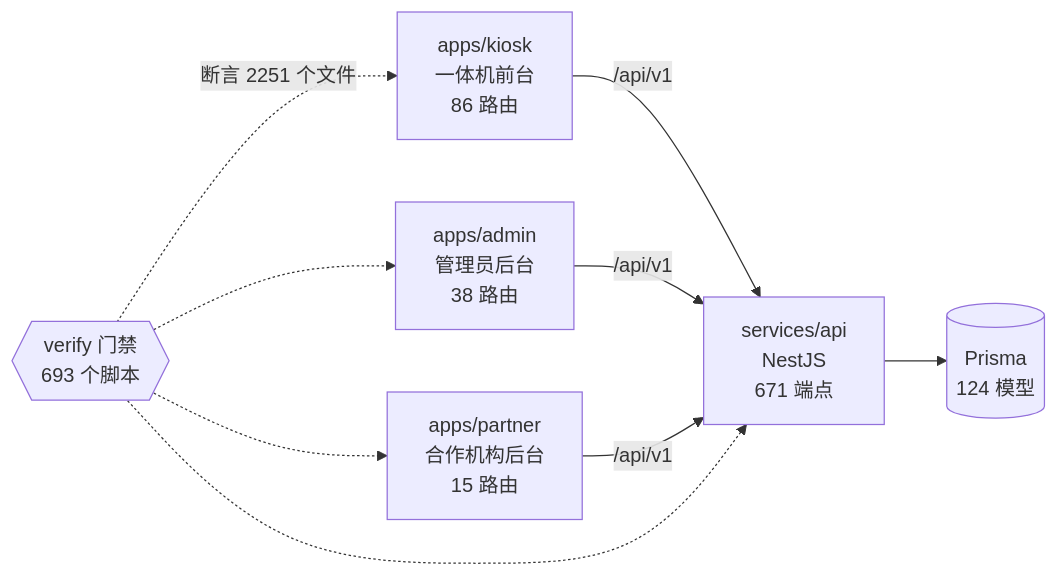
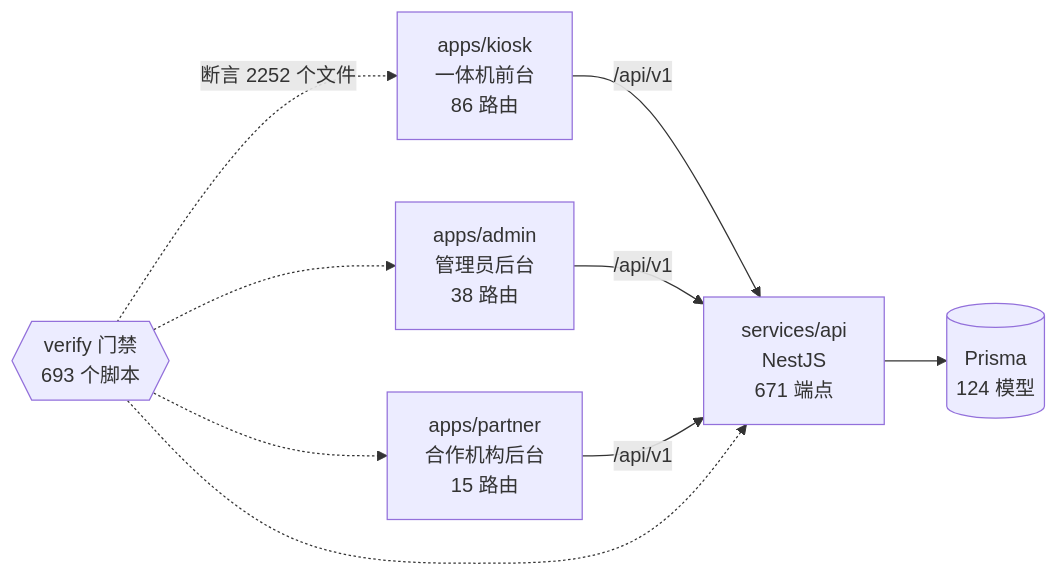
The diagram in docs/graph/README.md (wanglei581/YITIJI), drawn with Mermaid before and after one commit. The commit also changed other lines of this file and 3 other files, not shown here.

First line of the commit message:
S15c：进度记一笔，图谱按当前代码重生

````diff
--- a/docs/graph/README.md
+++ b/docs/graph/README.md
@@ -68,18 +68,18 @@
 ```mermaid
 flowchart LR
   kiosk["apps/kiosk<br/>一体机前台<br/>86 路由"]
   admin["apps/admin<br/>管理员后台<br/>38 路由"]
   partner["apps/partner<br/>合作机构后台<br/>15 路由"]
   api["services/api<br/>NestJS<br/>671 端点"]
   db[("Prisma<br/>124 模型")]
   gates{{"verify 门禁<br/>693 个脚本"}}
 
   kiosk -->|"/api/v1"| api
   admin -->|"/api/v1"| api
   partner -->|"/api/v1"| api
   api --> db
-  gates -.->|"断言 2251 个文件"| kiosk
+  gates -.->|"断言 2252 个文件"| kiosk
   gates -.-> admin
   gates -.-> partner
   gates -.-> api
 ```
````
